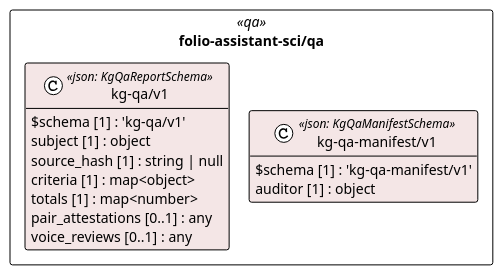
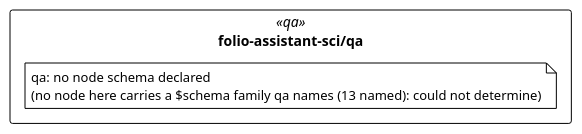
The diagram in cat-harness/uml/overview/folio-assistant-sci/qa.puml (litlfred/folio-assistant), drawn with PlantUML before and after one commit. The commit also changed 75 other files, not shown here.

First line of the commit message:
openapi: regenerate after merging origin/main (skill:register chain, schema viewer, root README instances table)

```diff
--- a/cat-harness/uml/overview/folio-assistant-sci/qa.puml
+++ b/cat-harness/uml/overview/folio-assistant-sci/qa.puml
@@ -3,25 +3,13 @@
 @startuml folio_assistant_sci_qa
 !pragma layout elk
 !theme plain
 skinparam classAttributeIconSize 0
 skinparam shadowing false
 skinparam packageStyle rectangle
 hide empty methods
 
 package "folio-assistant-sci/qa" as pkg_folio_assistant_sci_qa <<qa>> {
-  class "kg-qa/v1" as folio_assistant_sci_qa_kg_qa_v1_kg_qa_v1 <<json: KgQaReportSchema>> #f4e6e6 {
-    $schema [1] : 'kg-qa/v1'
-    subject [1] : object
-    source_hash [1] : string | null
-    criteria [1] : map<object>
-    totals [1] : map<number>
-    pair_attestations [0..1] : any
-    voice_reviews [0..1] : any
-  }
-  class "kg-qa-manifest/v1" as folio_assistant_sci_qa_kg_qa_manifest_v1_kg_qa_manifest_v1 <<json: KgQaManifestSchema>> #f4e6e6 {
-    $schema [1] : 'kg-qa-manifest/v1'
-    auditor [1] : object
-  }
+  note "qa: no node schema declared\n(no node here carries a $schema family qa names (13 named): could not determine)" as n_folio_assistant_sci_qa_qa
 }
 
 @enduml
```
